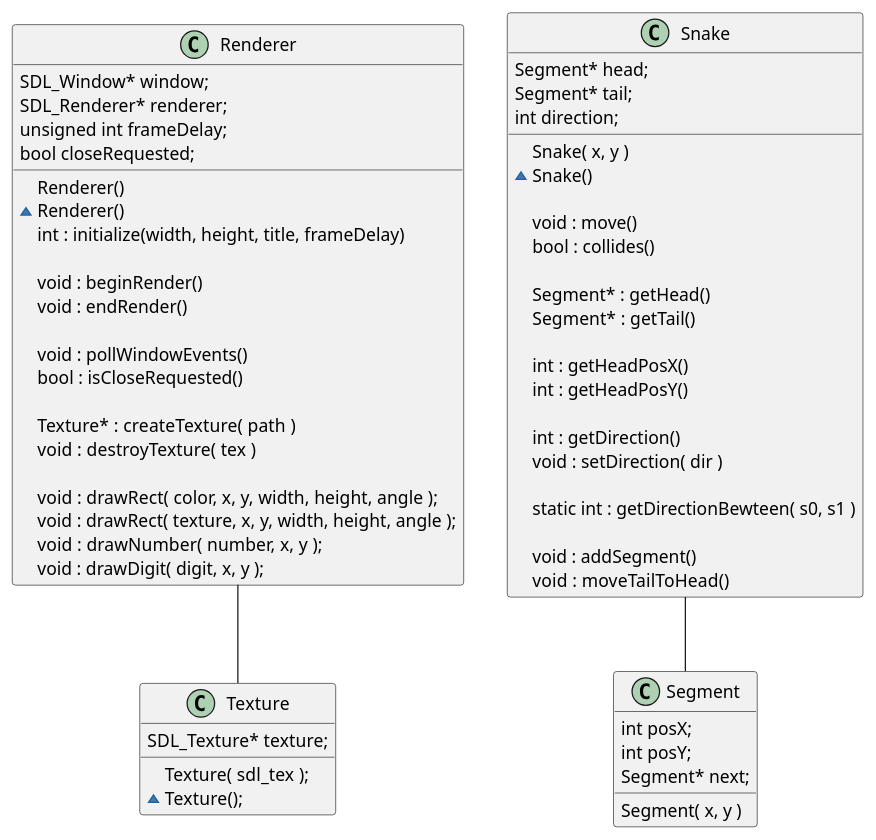
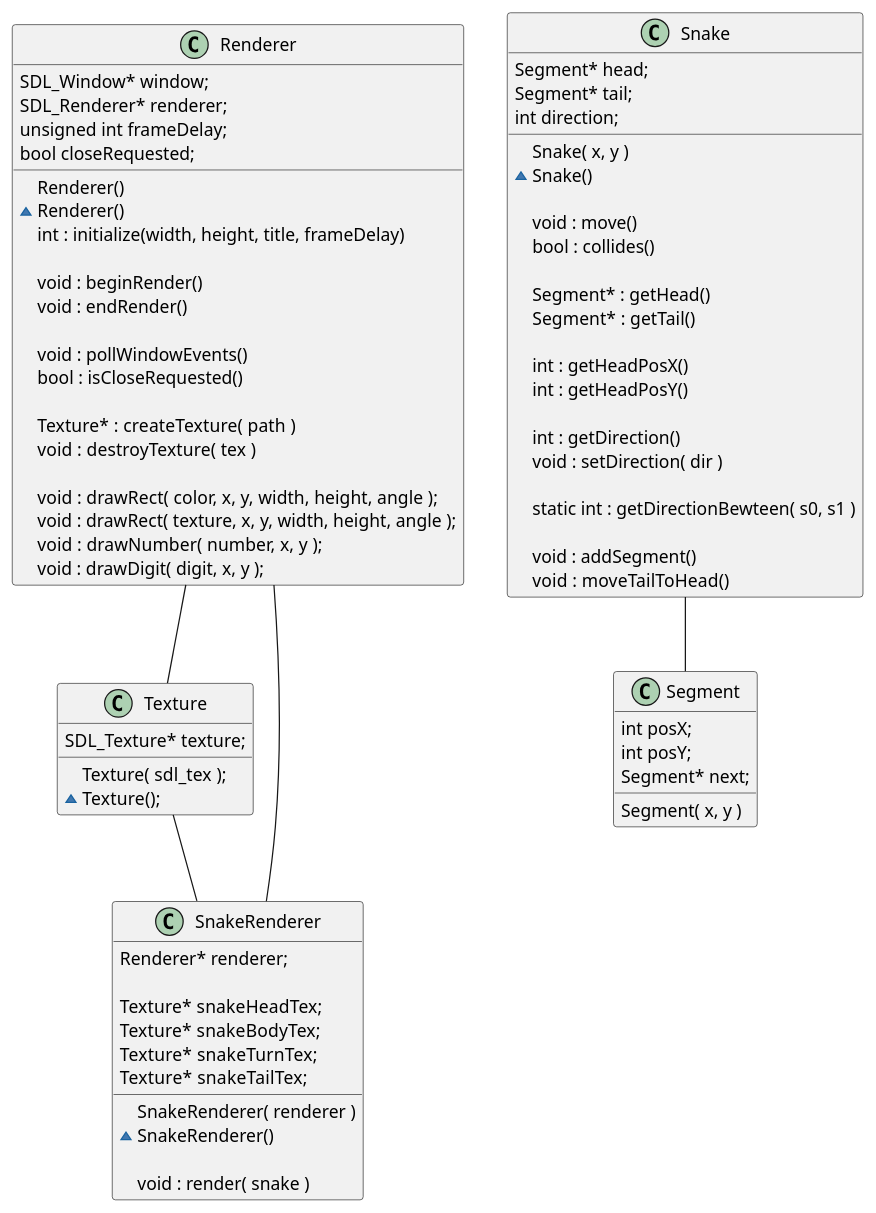
The diagram in noah/classes.puml (nwiart/gtech1-b23-snake), drawn with PlantUML before and after one commit.

Commit message:
Added Snake renderer to UML diagram

```diff
--- a/noah/classes.puml
+++ b/noah/classes.puml
@@ -1,79 +1,97 @@
 @startuml
 
 class Renderer
 {
-SDL_Window* window;
-SDL_Renderer* renderer;
-unsigned int frameDelay;
-bool closeRequested;
+	SDL_Window* window;
+	SDL_Renderer* renderer;
+	unsigned int frameDelay;
+	bool closeRequested;
 
-Renderer()
-~Renderer()
-int : initialize(width, height, title, frameDelay)
+	Renderer()
+	~Renderer()
+	int : initialize(width, height, title, frameDelay)
 
-void : beginRender()
-void : endRender()
+	void : beginRender()
+	void : endRender()
 
-void : pollWindowEvents()
-bool : isCloseRequested()
+	void : pollWindowEvents()
+	bool : isCloseRequested()
 
-Texture* : createTexture( path )
-void : destroyTexture( tex )
+	Texture* : createTexture( path )
+	void : destroyTexture( tex )
 
-void : drawRect( color, x, y, width, height, angle );
-void : drawRect( texture, x, y, width, height, angle );
-void : drawNumber( number, x, y );
-void : drawDigit( digit, x, y );
+	void : drawRect( color, x, y, width, height, angle );
+	void : drawRect( texture, x, y, width, height, angle );
+	void : drawNumber( number, x, y );
+	void : drawDigit( digit, x, y );
 }
 
 Renderer -- Texture
 
 class Texture
 {
-SDL_Texture* texture;
+	SDL_Texture* texture;
 
-Texture( sdl_tex );
-~Texture();
+	Texture( sdl_tex );
+	~Texture();
+}
+
+Renderer -- SnakeRenderer
+Texture -- SnakeRenderer
+
+class SnakeRenderer
+{
+	Renderer* renderer;
+
+	Texture* snakeHeadTex;
+	Texture* snakeBodyTex;
+	Texture* snakeTurnTex;
+	Texture* snakeTailTex;
+
+	SnakeRenderer( renderer )
+	~SnakeRenderer()
+
+	void : render( snake )
 }
 
 
 
 class Snake
 {
-Segment* head;
-Segment* tail;
-int direction;
+	Segment* head;
+	Segment* tail;
+	int direction;
 
-Snake( x, y )
-~Snake()
+	Snake( x, y )
+	~Snake()
 
-void : move()
-bool : collides()
+	void : move()
+	bool : collides()
 
-Segment* : getHead()
-Segment* : getTail()
+	Segment* : getHead()
+	Segment* : getTail()
 
-int : getHeadPosX()
-int : getHeadPosY()
+	int : getHeadPosX()
+	int : getHeadPosY()
 
-int : getDirection()
-void : setDirection( dir )
+	int : getDirection()
+	void : setDirection( dir )
 
-static int : getDirectionBewteen( s0, s1 )
+	static int : getDirectionBewteen( s0, s1 )
 
-void : addSegment()
-void : moveTailToHead()
+	void : addSegment()
+	void : moveTailToHead()
 }
 
 Snake -- Segment
 
 class Segment
 {
-int posX;
-int posY;
-Segment* next;
+	int posX;
+	int posY;
+	Segment* next;
 
-Segment( x, y )
+	Segment( x, y )
 }
 
 @enduml
```
